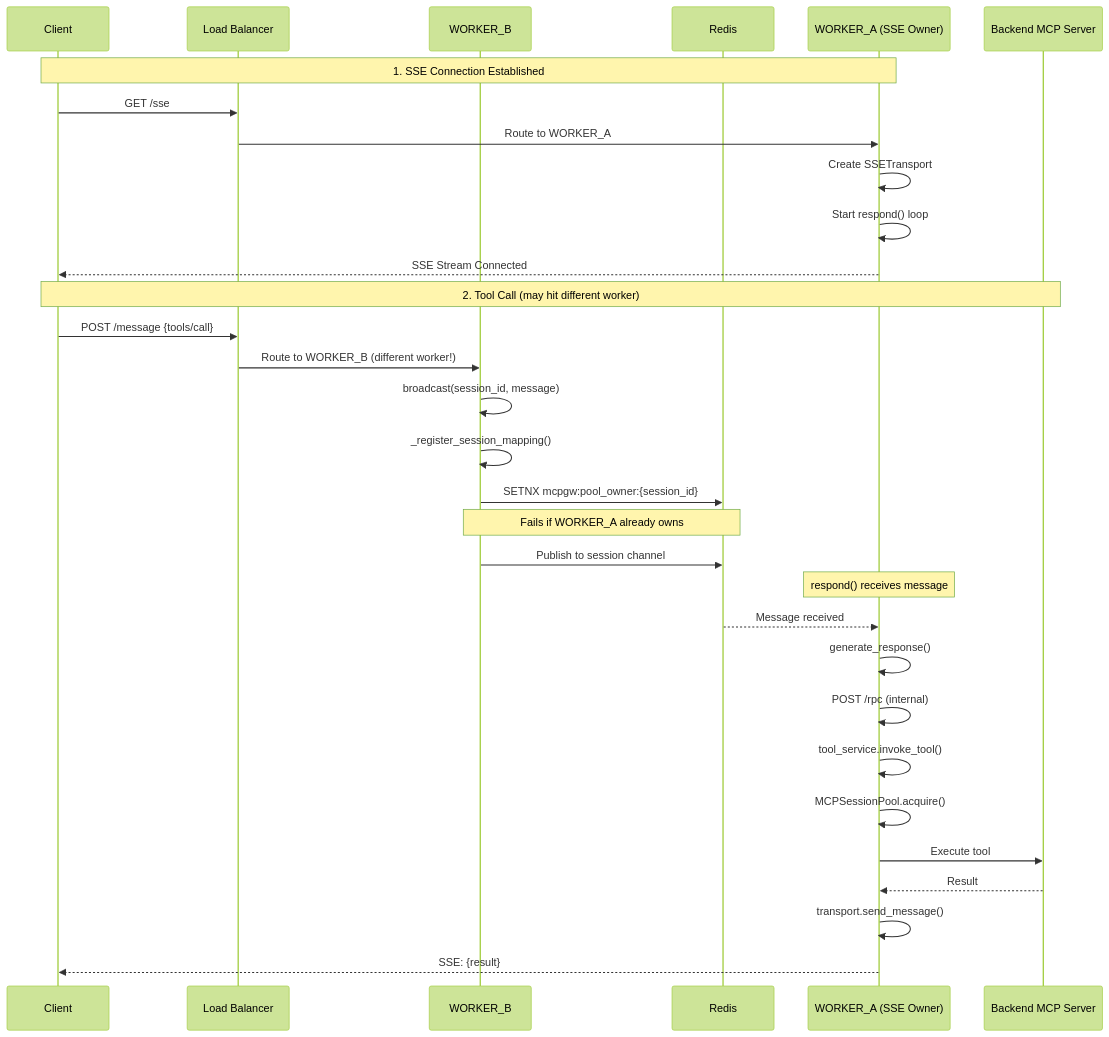
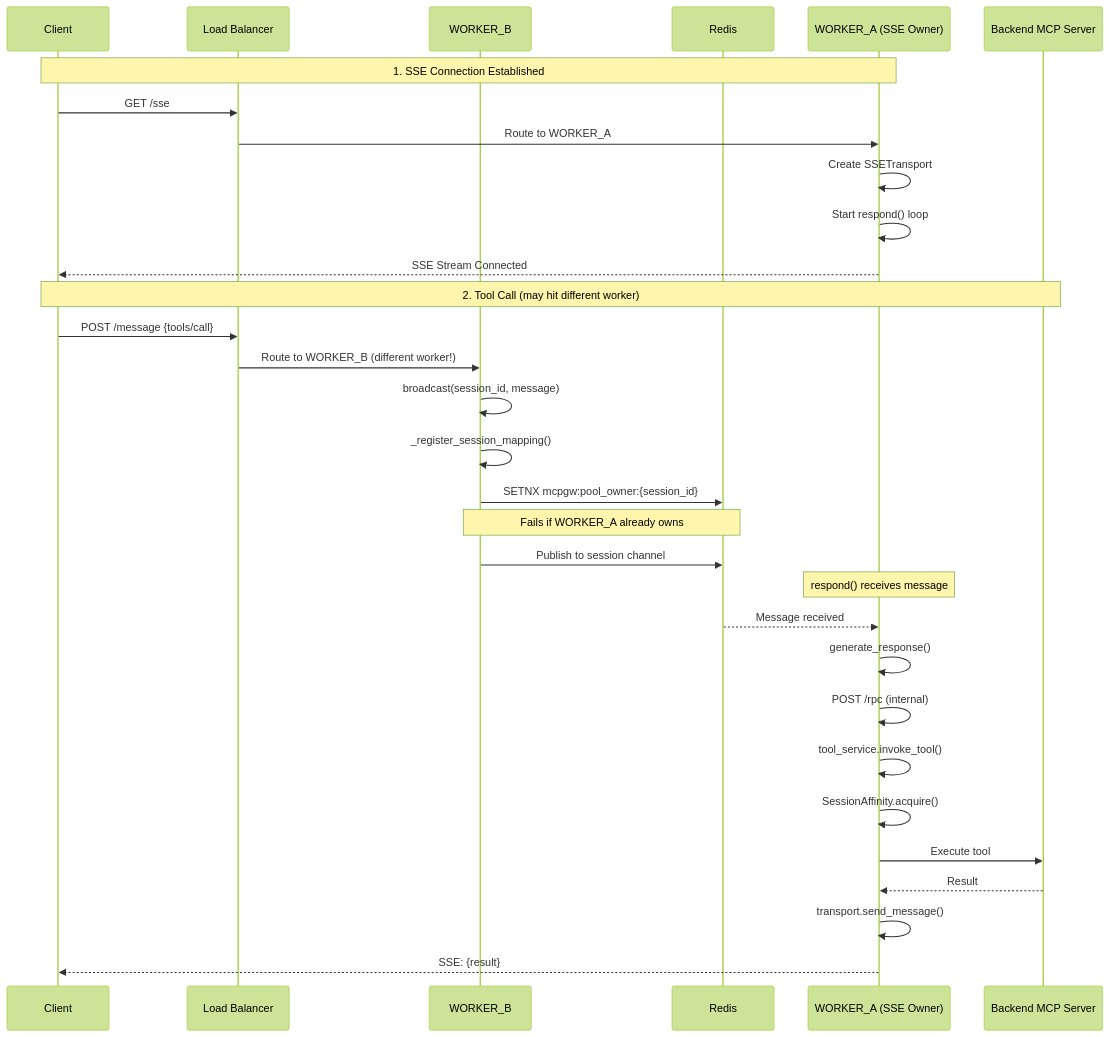
The first of 2 diagrams in docs/docs/architecture/adr/038-multi-worker-session-affinity.md (brian-hussey/mcp-context-forge), drawn with Mermaid (forest theme) before and after one commit. The commit also changed other lines of this file and 48 other files, not shown here.

````diff
--- a/docs/docs/architecture/adr/038-multi-worker-session-affinity.md
+++ b/docs/docs/architecture/adr/038-multi-worker-session-affinity.md
@@ -72,38 +85,38 @@
 ```mermaid
 sequenceDiagram
     participant Client
     participant LB as Load Balancer
     participant WB as WORKER_B
     participant Redis
     participant WA as WORKER_A (SSE Owner)
     participant Backend as Backend MCP Server
 
     Note over Client,WA: 1. SSE Connection Established
     Client->>LB: GET /sse
     LB->>WA: Route to WORKER_A
     WA->>WA: Create SSETransport
     WA->>WA: Start respond() loop
     WA-->>Client: SSE Stream Connected
 
     Note over Client,Backend: 2. Tool Call (may hit different worker)
     Client->>LB: POST /message {tools/call}
     LB->>WB: Route to WORKER_B (different worker!)
 
     WB->>WB: broadcast(session_id, message)
     WB->>WB: _register_session_mapping()
     WB->>Redis: SETNX mcpgw:pool_owner:{session_id}
     Note over WB,Redis: Fails if WORKER_A already owns
     WB->>Redis: Publish to session channel
 
     Note over WA: respond() receives message
     Redis-->>WA: Message received
     WA->>WA: generate_response()
     WA->>WA: POST /rpc (internal)
     WA->>WA: tool_service.invoke_tool()
-    WA->>WA: MCPSessionPool.acquire()
+    WA->>WA: SessionAffinity.acquire()
     WA->>Backend: Execute tool
     Backend-->>WA: Result
 
     WA->>WA: transport.send_message()
     WA-->>Client: SSE: {result}
 ```
````
